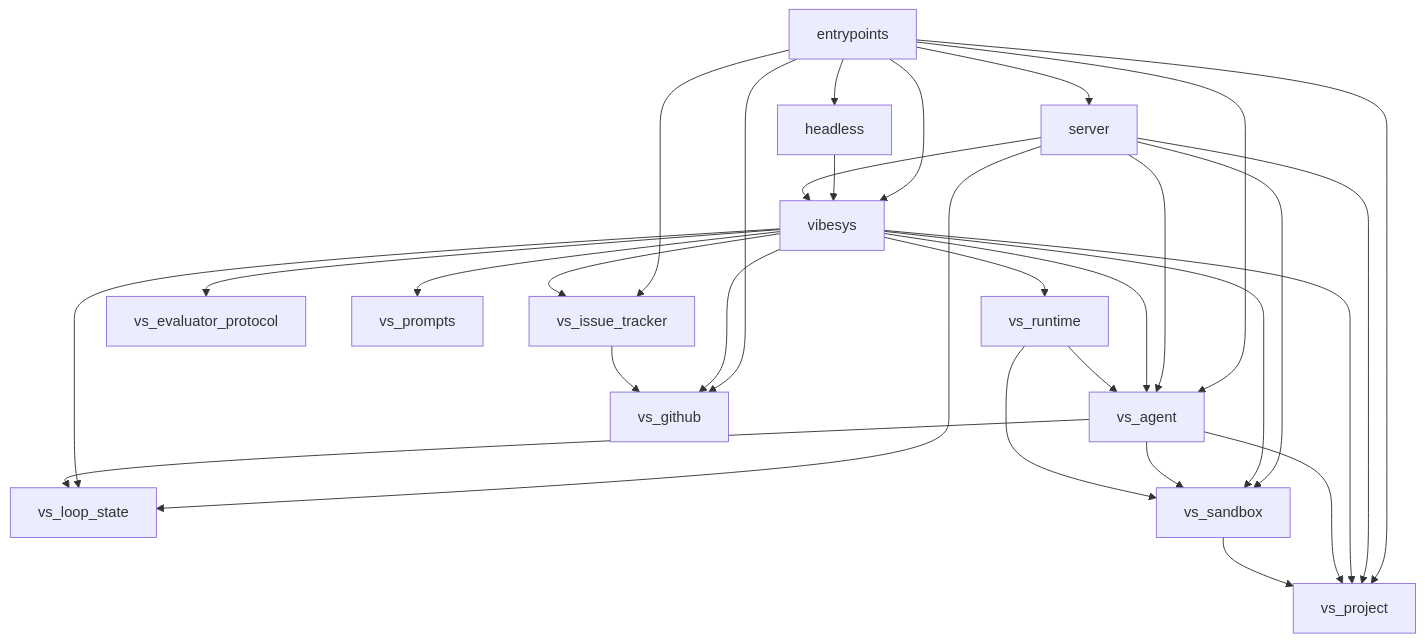
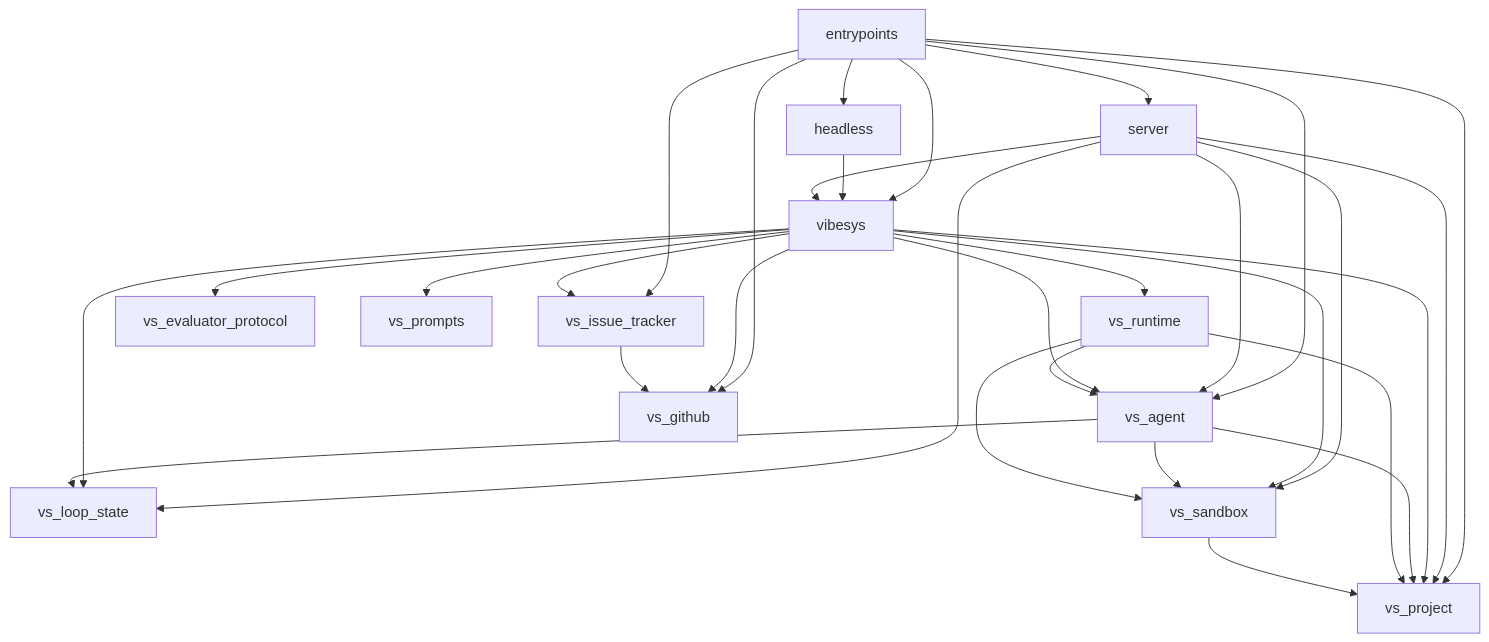
Before and after one commit to uw-syfi/vibesys: the first of 3 diagrams in docs/contributing/architecture.md, drawn with Mermaid. The commit also changed other lines of this file and 44 other files, not shown here.

````diff
--- a/docs/contributing/architecture.md
+++ b/docs/contributing/architecture.md
@@ -39,32 +39,33 @@
 ```mermaid
 graph TD
     entrypoints --> headless
     entrypoints --> server
     entrypoints --> vibesys
     entrypoints --> vs_agent
     entrypoints --> vs_github
     entrypoints --> vs_issue_tracker
     entrypoints --> vs_project
     headless --> vibesys
     server --> vibesys
     server --> vs_agent
     server --> vs_loop_state
     server --> vs_project
     server --> vs_sandbox
     vibesys --> vs_agent
     vibesys --> vs_evaluator_protocol
     vibesys --> vs_github
     vibesys --> vs_issue_tracker
     vibesys --> vs_loop_state
     vibesys --> vs_project
     vibesys --> vs_prompts
     vibesys --> vs_runtime
     vibesys --> vs_sandbox
     vs_agent --> vs_loop_state
     vs_agent --> vs_project
     vs_agent --> vs_sandbox
     vs_issue_tracker --> vs_github
     vs_runtime --> vs_agent
+    vs_runtime --> vs_project
     vs_runtime --> vs_sandbox
     vs_sandbox --> vs_project
 ```
````
